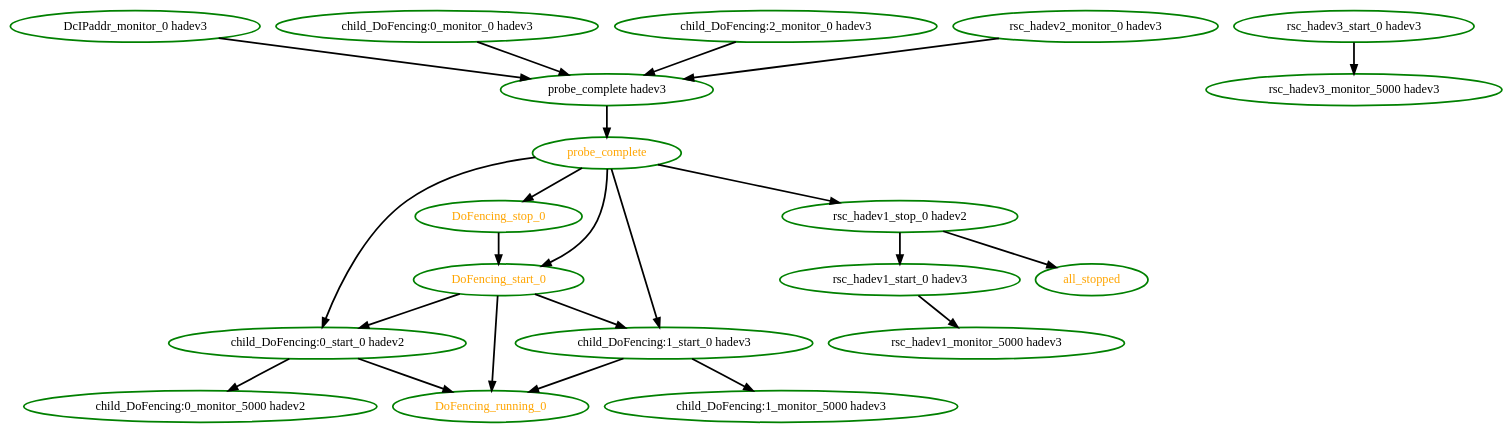
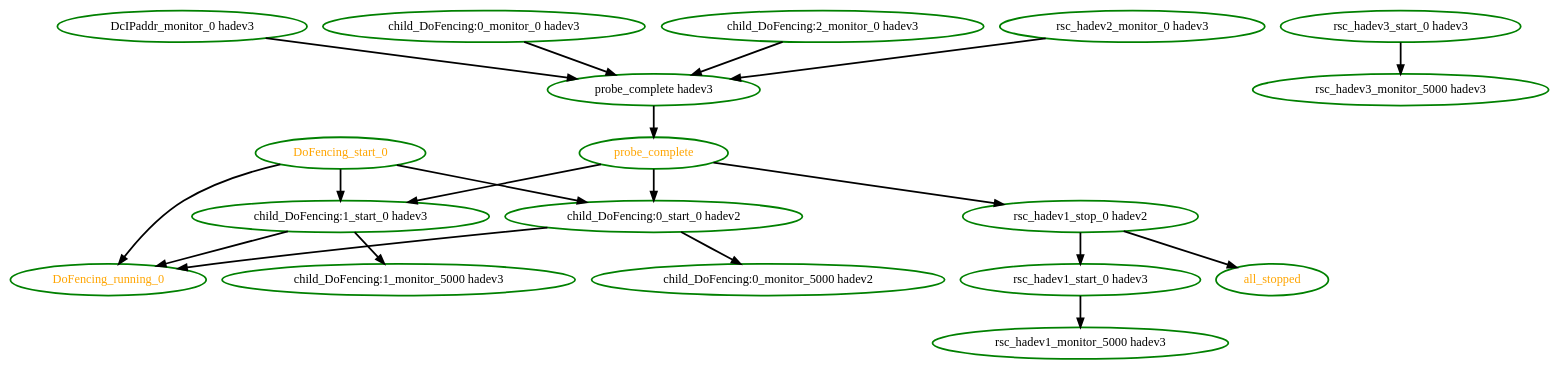
The diagram in pengine/test10/735.dot (ClusterLabs/pacemaker), drawn with Graphviz before and after one commit. The commit also changed 129 other files, not shown here.

```diff
--- a/pengine/test10/735.dot
+++ b/pengine/test10/735.dot
@@ -1,43 +1,39 @@
  digraph "g" {
 "DcIPaddr_monitor_0 hadev3" -> "probe_complete hadev3" [ style = bold]
 "DcIPaddr_monitor_0 hadev3" [ style=bold color="green" fontcolor="black" ]
 "DoFencing_running_0" [ style=bold color="green" fontcolor="orange" ]
 "DoFencing_start_0" -> "DoFencing_running_0" [ style = bold]
 "DoFencing_start_0" -> "child_DoFencing:0_start_0 hadev2" [ style = bold]
 "DoFencing_start_0" -> "child_DoFencing:1_start_0 hadev3" [ style = bold]
 "DoFencing_start_0" [ style=bold color="green" fontcolor="orange" ]
-"DoFencing_stop_0" -> "DoFencing_start_0" [ style = bold]
-"DoFencing_stop_0" [ style=bold color="green" fontcolor="orange"  ]
 "all_stopped" [ style=bold color="green" fontcolor="orange"  ]
 "child_DoFencing:0_monitor_0 hadev3" -> "probe_complete hadev3" [ style = bold]
 "child_DoFencing:0_monitor_0 hadev3" [ style=bold color="green" fontcolor="black" ]
 "child_DoFencing:0_monitor_5000 hadev2" [ style=bold color="green" fontcolor="black" ]
 "child_DoFencing:0_start_0 hadev2" -> "DoFencing_running_0" [ style = bold]
 "child_DoFencing:0_start_0 hadev2" -> "child_DoFencing:0_monitor_5000 hadev2" [ style = bold]
 "child_DoFencing:0_start_0 hadev2" [ style=bold color="green" fontcolor="black" ]
 "child_DoFencing:1_monitor_5000 hadev3" [ style=bold color="green" fontcolor="black" ]
 "child_DoFencing:1_start_0 hadev3" -> "DoFencing_running_0" [ style = bold]
 "child_DoFencing:1_start_0 hadev3" -> "child_DoFencing:1_monitor_5000 hadev3" [ style = bold]
 "child_DoFencing:1_start_0 hadev3" [ style=bold color="green" fontcolor="black" ]
 "child_DoFencing:2_monitor_0 hadev3" -> "probe_complete hadev3" [ style = bold]
 "child_DoFencing:2_monitor_0 hadev3" [ style=bold color="green" fontcolor="black" ]
 "probe_complete hadev3" -> "probe_complete" [ style = bold]
 "probe_complete hadev3" [ style=bold color="green" fontcolor="black" ]
-"probe_complete" -> "DoFencing_start_0" [ style = bold]
-"probe_complete" -> "DoFencing_stop_0" [ style = bold]
 "probe_complete" -> "child_DoFencing:0_start_0 hadev2" [ style = bold]
 "probe_complete" -> "child_DoFencing:1_start_0 hadev3" [ style = bold]
 "probe_complete" -> "rsc_hadev1_stop_0 hadev2" [ style = bold]
 "probe_complete" [ style=bold color="green" fontcolor="orange" ]
 "rsc_hadev1_monitor_5000 hadev3" [ style=bold color="green" fontcolor="black" ]
 "rsc_hadev1_start_0 hadev3" -> "rsc_hadev1_monitor_5000 hadev3" [ style = bold]
 "rsc_hadev1_start_0 hadev3" [ style=bold color="green" fontcolor="black" ]
 "rsc_hadev1_stop_0 hadev2" -> "all_stopped" [ style = bold]
 "rsc_hadev1_stop_0 hadev2" -> "rsc_hadev1_start_0 hadev3" [ style = bold]
 "rsc_hadev1_stop_0 hadev2" [ style=bold color="green" fontcolor="black" ]
 "rsc_hadev2_monitor_0 hadev3" -> "probe_complete hadev3" [ style = bold]
 "rsc_hadev2_monitor_0 hadev3" [ style=bold color="green" fontcolor="black" ]
 "rsc_hadev3_monitor_5000 hadev3" [ style=bold color="green" fontcolor="black" ]
 "rsc_hadev3_start_0 hadev3" -> "rsc_hadev3_monitor_5000 hadev3" [ style = bold]
 "rsc_hadev3_start_0 hadev3" [ style=bold color="green" fontcolor="black" ]
 }
```
